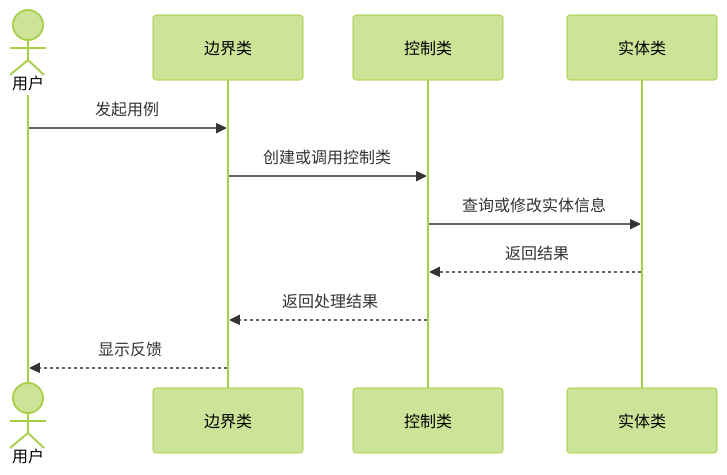
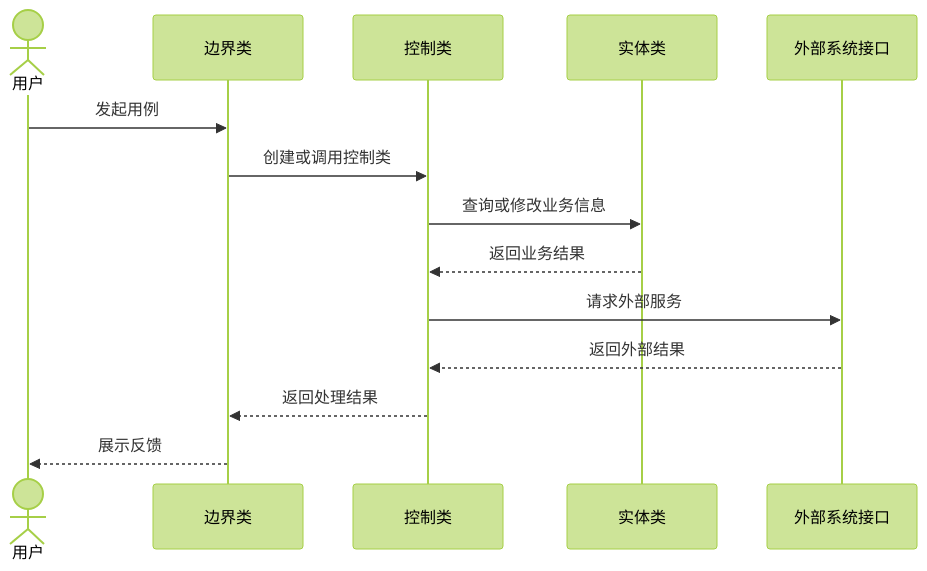
The fourth of 13 diagrams in src/content/blog/Software-Construction/Chap03.md (crashingby/homepage), drawn with Mermaid (forest theme) before and after one commit. The commit also changed other lines of this file and 6 other files, not shown here.

````diff
--- a/src/content/blog/Software-Construction/Chap03.md
+++ b/src/content/blog/Software-Construction/Chap03.md
@@ -294,13 +190,17 @@
 ```mermaid
 sequenceDiagram
   actor 用户
-  participant B as 边界类
-  participant C as 控制类
-  participant E as 实体类
-  用户->>B: 发起用例
-  B->>C: 创建或调用控制类
-  C->>E: 查询或修改实体信息
-  E-->>C: 返回结果
-  C-->>B: 返回处理结果
-  B-->>用户: 显示反馈
+  participant Boundary as 边界类
+  participant Control as 控制类
+  participant Entity as 实体类
+  participant External as 外部系统接口
+
+  用户->>Boundary: 发起用例
+  Boundary->>Control: 创建或调用控制类
+  Control->>Entity: 查询或修改业务信息
+  Entity-->>Control: 返回业务结果
+  Control->>External: 请求外部服务
+  External-->>Control: 返回外部结果
+  Control-->>Boundary: 返回处理结果
+  Boundary-->>用户: 展示反馈
 ```
````
